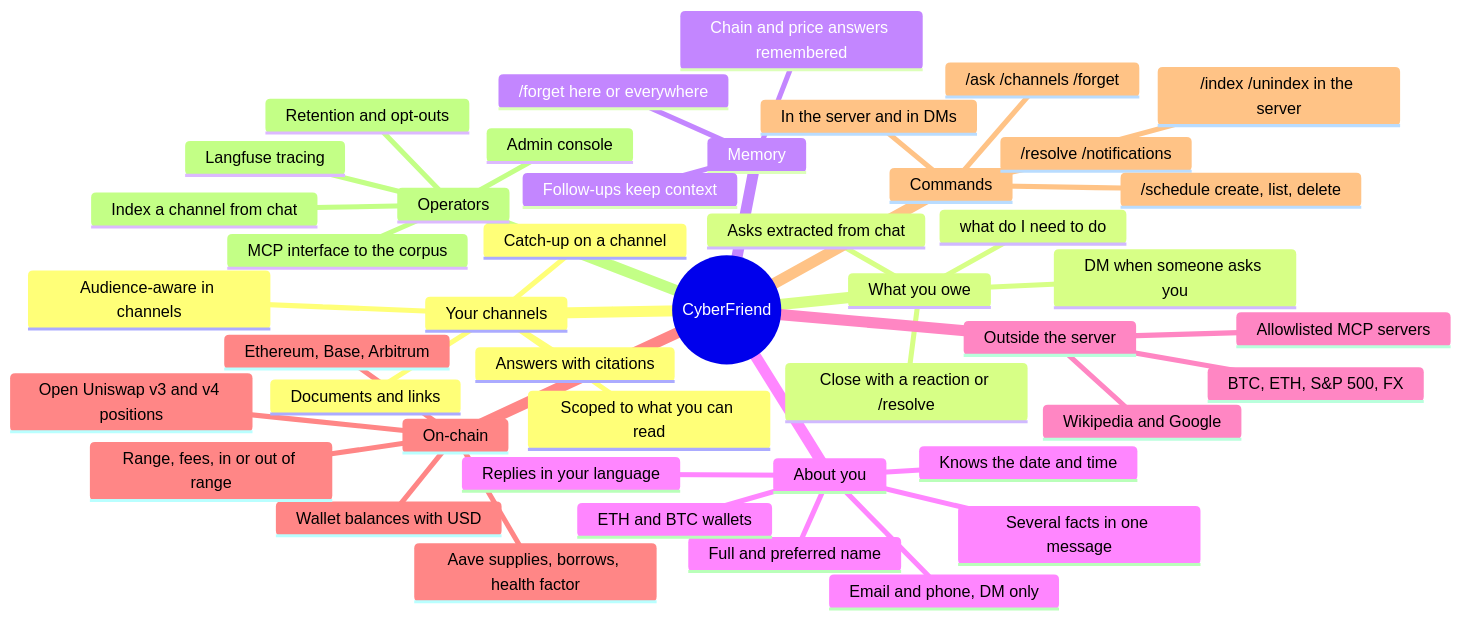
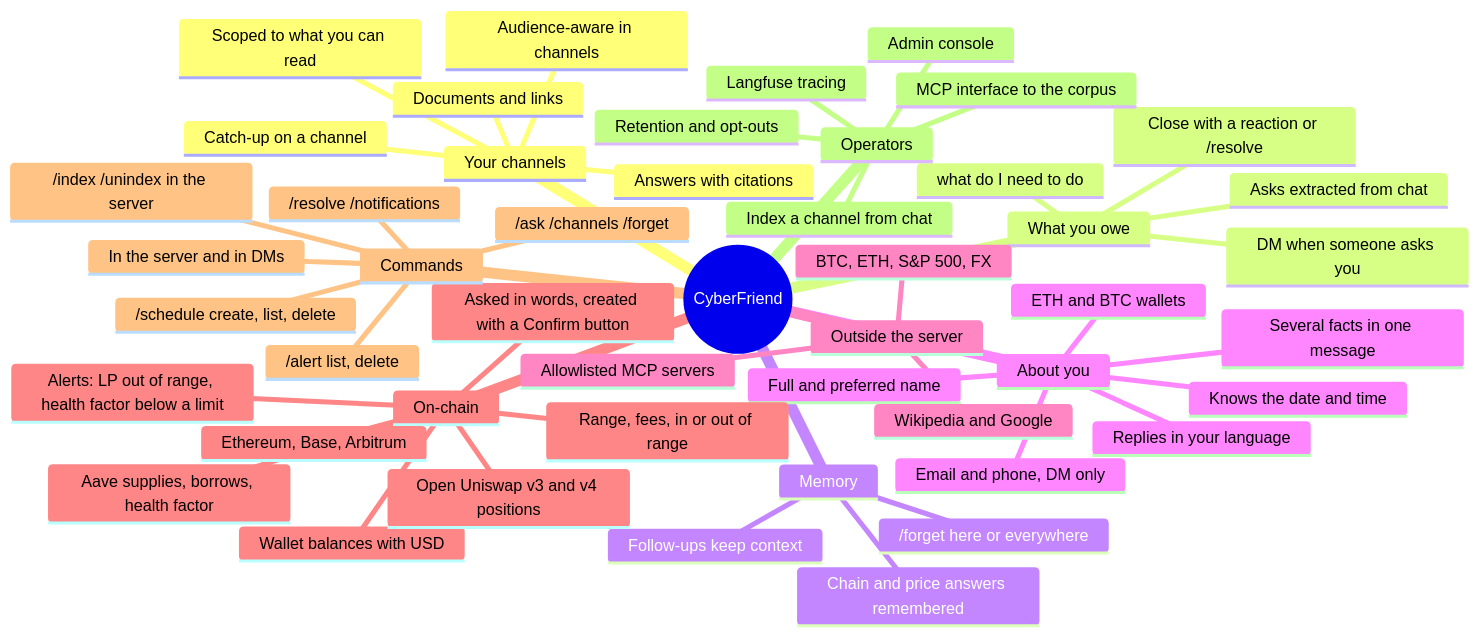
Before and after one commit to CyberdyneCorp/CyberFriend: the first of 4 diagrams in README.md, drawn with Mermaid. The commit also changed other lines of this file and 41 other files, not shown here.

````diff
--- a/README.md
+++ b/README.md
@@ -38,48 +39,51 @@
 ```mermaid
 mindmap
   root((CyberFriend))
     Your channels
       Answers with citations
       Scoped to what you can read
       Audience-aware in channels
       Documents and links
       Catch-up on a channel
     What you owe
       Asks extracted from chat
       what do I need to do
       Close with a reaction or /resolve
       DM when someone asks you
     Memory
       Follow-ups keep context
       Chain and price answers remembered
       /forget here or everywhere
     About you
       Full and preferred name
       Email and phone, DM only
       ETH and BTC wallets
       Several facts in one message
       Replies in your language
       Knows the date and time
     Outside the server
       Wikipedia and Google
       Allowlisted MCP servers
       BTC, ETH, S&P 500, FX
     On-chain
       Ethereum, Base, Arbitrum
       Wallet balances with USD
       Open Uniswap v3 and v4 positions
       Range, fees, in or out of range
       Aave supplies, borrows, health factor
+      Alerts: LP out of range, health factor below a limit
+      Asked in words, created with a Confirm button
     Commands
       /ask /channels /forget
       /resolve /notifications
       /schedule create, list, delete
+      /alert list, delete
       In the server and in DMs
       /index /unindex in the server
     Operators
       Index a channel from chat
       Admin console
       MCP interface to the corpus
       Langfuse tracing
       Retention and opt-outs
 ```
````
